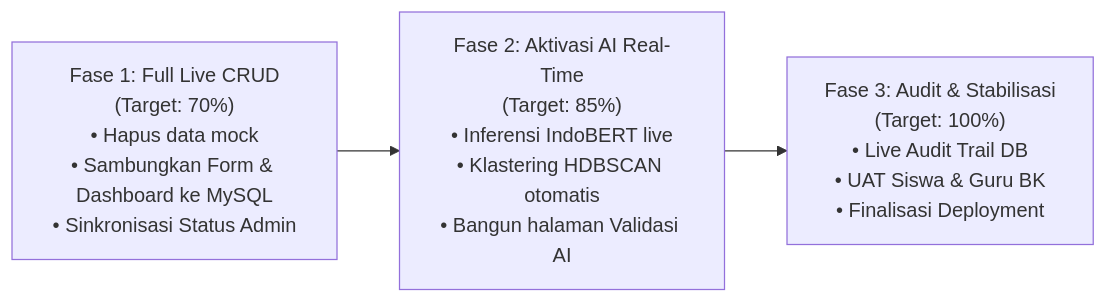
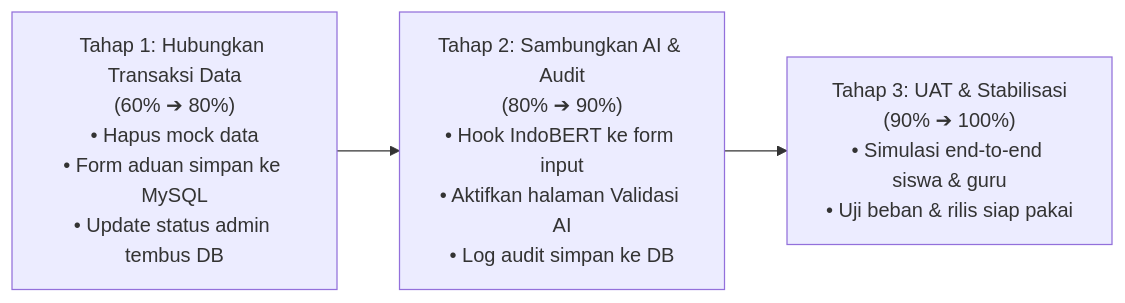
Before and after one commit to afkamz/SIGAP_Sistem_informasi-_Gawat_Aduan_Perundungan: the third of 3 diagrams in docs/14-Laporan_Progres_Proyek_SIGAP.md, drawn with Mermaid. The commit also changed other lines of this file and 1 other file, not shown here.

````diff
--- a/docs/14-Laporan_Progres_Proyek_SIGAP.md
+++ b/docs/14-Laporan_Progres_Proyek_SIGAP.md
@@ -164,8 +148,8 @@
 ```mermaid
 flowchart LR
-    Fase1["Fase 1: Full Live CRUD\n(Target: 70%)\n• Hapus data mock\n• Sambungkan Form & Dashboard ke MySQL\n• Sinkronisasi Status Admin"]
-    Fase2["Fase 2: Aktivasi AI Real-Time\n(Target: 85%)\n• Inferensi IndoBERT live\n• Klastering HDBSCAN otomatis\n• Bangun halaman Validasi AI"]
-    Fase3["Fase 3: Audit & Stabilisasi\n(Target: 100%)\n• Live Audit Trail DB\n• UAT Siswa & Guru BK\n• Finalisasi Deployment"]
+    Step1["Tahap 1: Hubungkan Transaksi Data\n(60% ➔ 80%)\n• Hapus mock data\n• Form aduan simpan ke MySQL\n• Update status admin tembus DB"]
+    Step2["Tahap 2: Sambungkan AI & Audit\n(80% ➔ 90%)\n• Hook IndoBERT ke form input\n• Aktifkan halaman Validasi AI\n• Log audit simpan ke DB"]
+    Step3["Tahap 3: UAT & Stabilisasi\n(90% ➔ 100%)\n• Simulasi end-to-end siswa & guru\n• Uji beban & rilis siap pakai"]
 
-    Fase1 --> Fase2 --> Fase3
+    Step1 --> Step2 --> Step3
 ```
````
